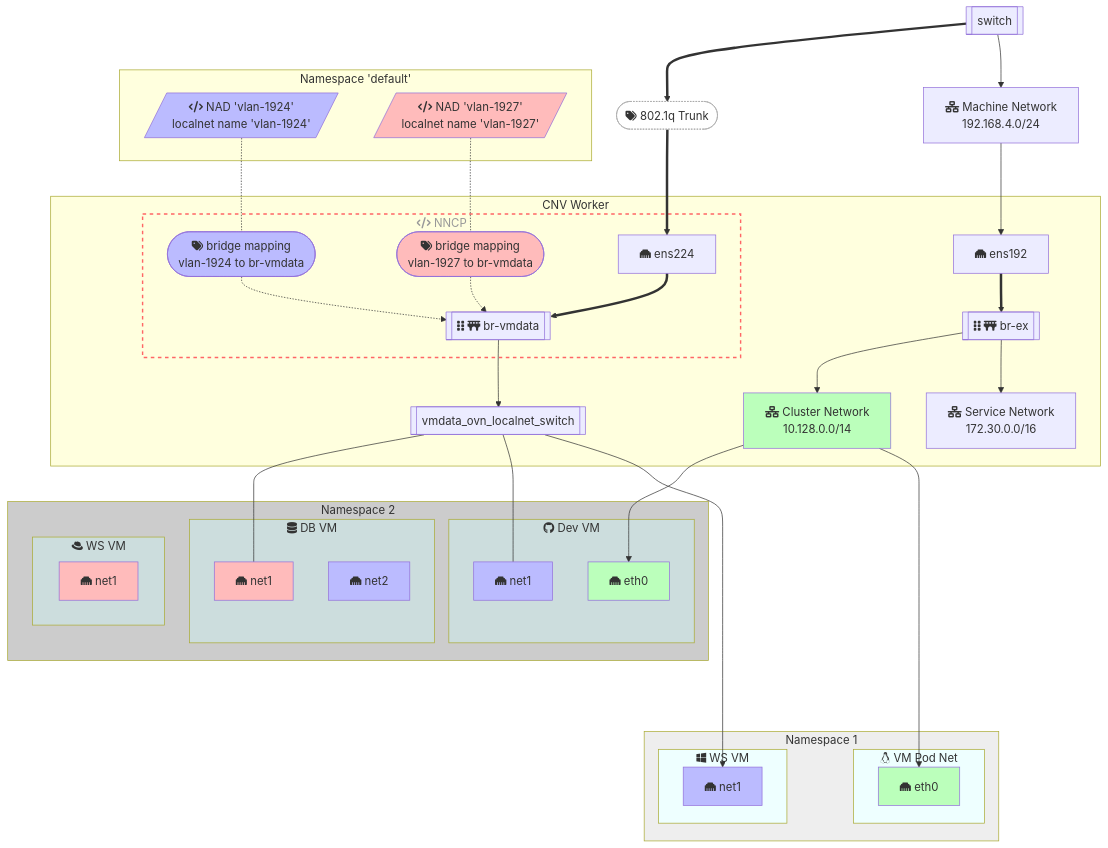
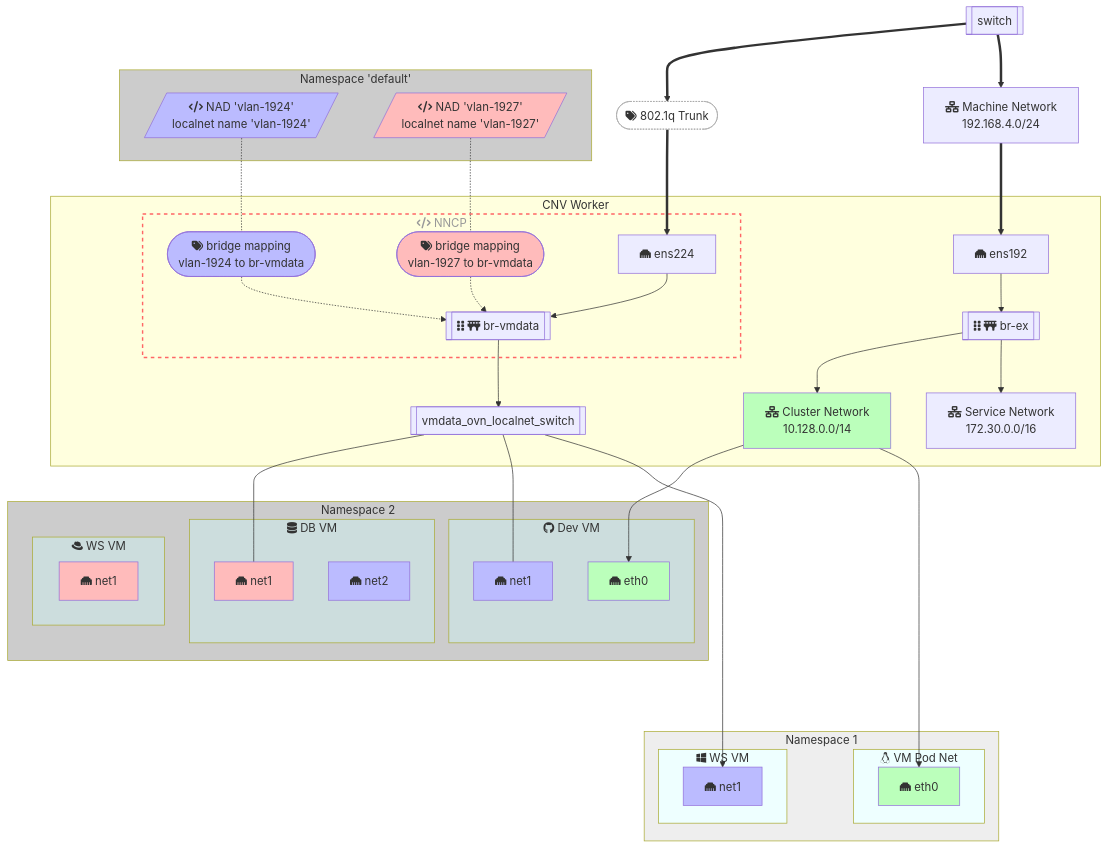
The first of 3 diagrams in networking/diagram.md (dlbewley/demo-virt), drawn with Mermaid before and after one commit.

Commit message:
line weight

````diff
--- a/networking/diagram.md
+++ b/networking/diagram.md
@@ -16,8 +16,9 @@
 
   switch["Switch fa:fa-grip-vertical"]
   machinenet["fa:fa-network-wired Machine Network<br> 192.168.4.0/24"]
-  switch --> machinenet --> ens192
-  ens192 ==> br-ex[["fa:fa-grip-vertical fa:fa-bridge br-ex"]]
+  switch ==> machinenet ==> ens192
+  ens192 --> br-ex[["fa:fa-grip-vertical fa:fa-bridge br-ex"]]
+
   switch[[switch]] ==> T(["fa:fa-tags 802.1q Trunk"]) ==> ens224[ens224]
 
   subgraph node["CNV Worker"]
@@ -30,7 +31,7 @@
 
     subgraph nncp["fa:fa-code NNCP"]
       ens224["fa:fa-ethernet ens224"]
-      ens224 ==> br-vmdata[["fa:fa-grip-vertical fa:fa-bridge br-vmdata"]]
+      ens224 --> br-vmdata[["fa:fa-grip-vertical fa:fa-bridge br-vmdata"]]
       BM1924(["fa:fa-tags bridge mapping\nvlan-1924 to br-vmdata"]) -.-> br-vmdata
       BM1927(["fa:fa-tags bridge mapping\nvlan-1927 to br-vmdata"]) -.-> br-vmdata
 
@@ -97,4 +98,6 @@
   classDef ns2-vm fill:#cdd
   class ns2-vm1,ns2-vm2,ns2-vm3 ns2-vm
   style ns2 fill:#ccc
+
+  style nsdefault fill:#ccc
 ```
````
